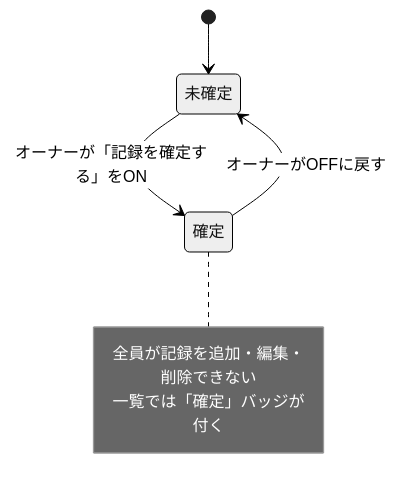
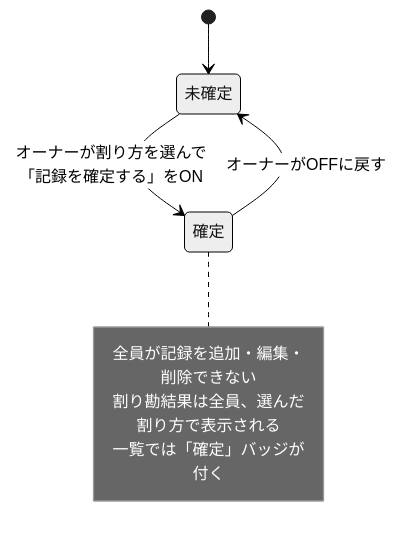
The fifth of 5 diagrams in ynetlabo-site/src/content/guide/wa-ri.md (yuuint/ynetlabo), drawn with Mermaid (neutral theme) before and after one commit. The commit also changed other lines of this file and 22 other files, not shown here.

````diff
--- a/ynetlabo-site/src/content/guide/wa-ri.md
+++ b/ynetlabo-site/src/content/guide/wa-ri.md
@@ -343,10 +378,11 @@
 ```mermaid
 stateDiagram-v2
   [*] --> 未確定
-  未確定 --> 確定: オーナーが「記録を確定する」をON
+  未確定 --> 確定: オーナーが割り方を選んで「記録を確定する」をON
   確定 --> 未確定: オーナーがOFFに戻す
   note right of 確定
     全員が記録を追加・編集・削除できない
+    割り勘結果は全員、選んだ割り方で表示される
     一覧では「確定」バッジが付く
   end note
 ```
````
